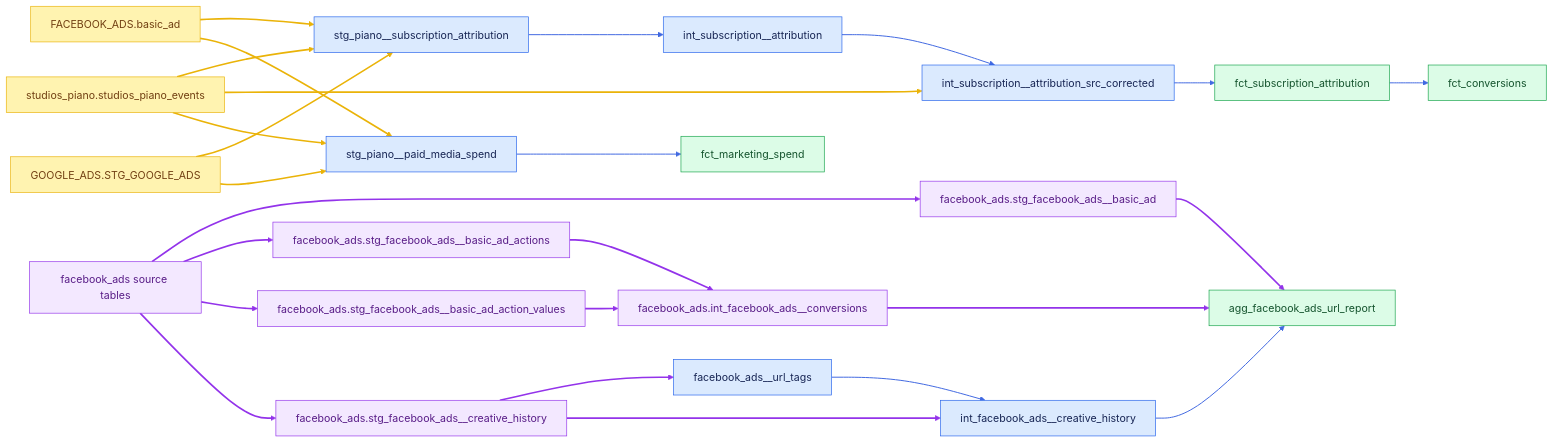
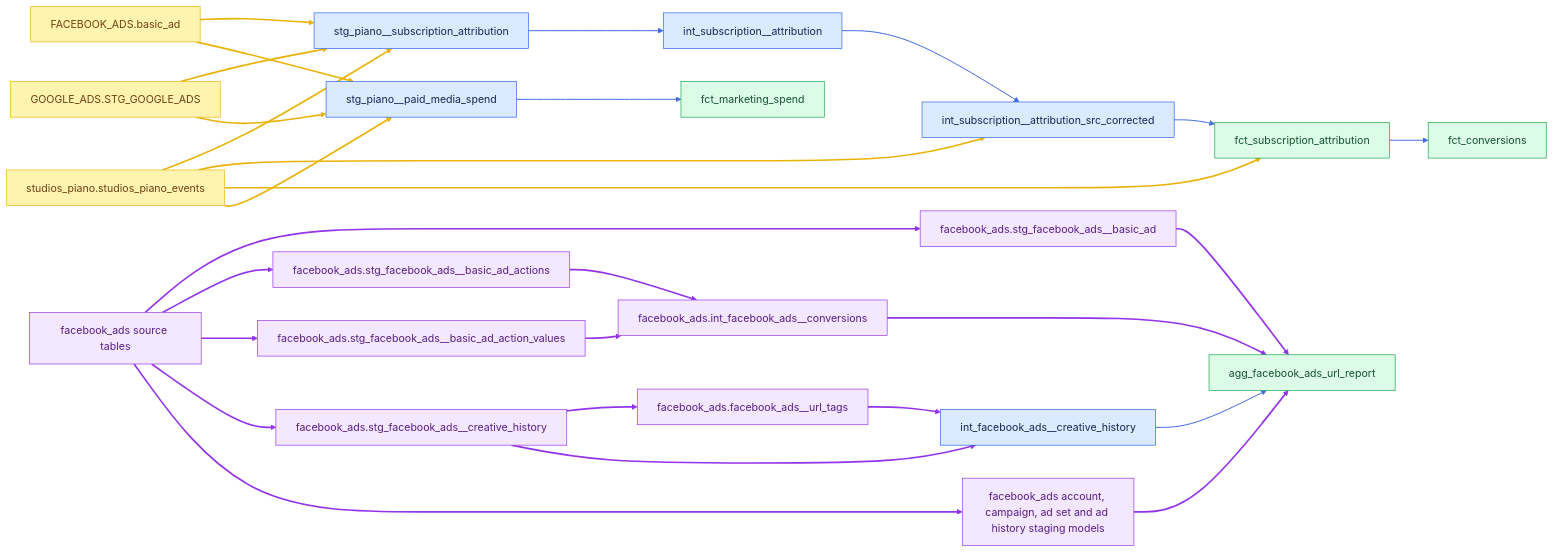
One commit to angelatanbbc/angela_bbc changed the third of 5 diagrams in docs/lineage.md. Above: the diagram before and after it, drawn with Mermaid. The commit also changed other lines of this file, not shown here.

First line of the commit message:
Rebuild lineage diagrams and inventory from the current manifest

````diff
--- a/docs/lineage.md
+++ b/docs/lineage.md
@@ -98,30 +101,33 @@
 ```mermaid
 graph LR
     classDef source fill:#fff3b0,stroke:#eab308,color:#713f12
     classDef model fill:#dbeafe,stroke:#2563eb,color:#172554
     classDef mart fill:#dcfce7,stroke:#16a34a,color:#14532d
     classDef package fill:#f3e8ff,stroke:#9333ea,color:#581c87
     piano["studios_piano.studios_piano_events"]:::source --> attr_stg["stg_piano__subscription_attribution"]:::model
     facebook["FACEBOOK_ADS.basic_ad"]:::source --> attr_stg
     google["GOOGLE_ADS.STG_GOOGLE_ADS"]:::source --> attr_stg
     attr_stg --> attr["int_subscription__attribution"]:::model --> corrected["int_subscription__attribution_src_corrected"]:::model --> attribution["fct_subscription_attribution"]:::mart --> conversions["fct_conversions"]:::mart
     piano --> corrected
+    piano --> attribution
     piano --> spend_stg["stg_piano__paid_media_spend"]:::model
     facebook --> spend_stg
     google --> spend_stg --> spend["fct_marketing_spend"]:::mart
     fb_source["facebook_ads source tables"]:::package --> fb_basic["facebook_ads.stg_facebook_ads__basic_ad"]:::package
     fb_source --> fb_actions["facebook_ads.stg_facebook_ads__basic_ad_actions"]:::package
     fb_source --> fb_values["facebook_ads.stg_facebook_ads__basic_ad_action_values"]:::package
     fb_source --> fb_creative["facebook_ads.stg_facebook_ads__creative_history"]:::package
+    fb_source --> fb_history["facebook_ads account, campaign, ad set and ad history staging models"]:::package
     fb_actions --> fb_conversions["facebook_ads.int_facebook_ads__conversions"]:::package
     fb_values --> fb_conversions
-    fb_creative --> tags["facebook_ads__url_tags"]:::model
+    fb_creative --> tags["facebook_ads.facebook_ads__url_tags"]:::package
     fb_creative --> creative["int_facebook_ads__creative_history"]:::model
     tags --> creative
     fb_basic --> url["agg_facebook_ads_url_report"]:::mart
     fb_conversions --> url
+    fb_history --> url
     creative --> url
-    linkStyle 3,4,5,6,11,20,23 stroke:#4169e1,stroke-width:1.5px
-    linkStyle 12,13,14,15,16,17,18,19,21,22 stroke:#9333ea,stroke-width:2.5px
-    linkStyle 0,1,2,7,8,9,10 stroke:#eab308,stroke-width:2.5px
+    linkStyle 3,4,5,6,12,26 stroke:#4169e1,stroke-width:1.5px
+    linkStyle 13,14,15,16,17,18,19,20,21,22,23,24,25 stroke:#9333ea,stroke-width:2.5px
+    linkStyle 0,1,2,7,8,9,10,11 stroke:#eab308,stroke-width:2.5px
 ```
````
